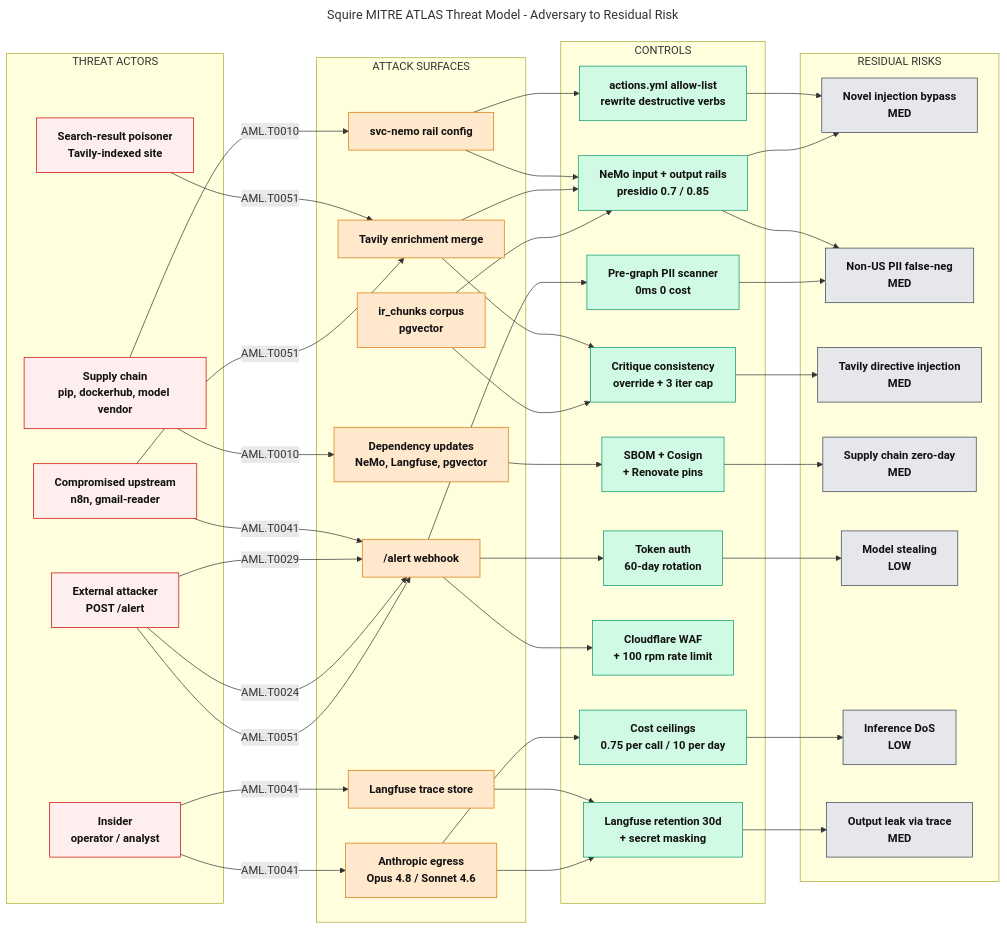
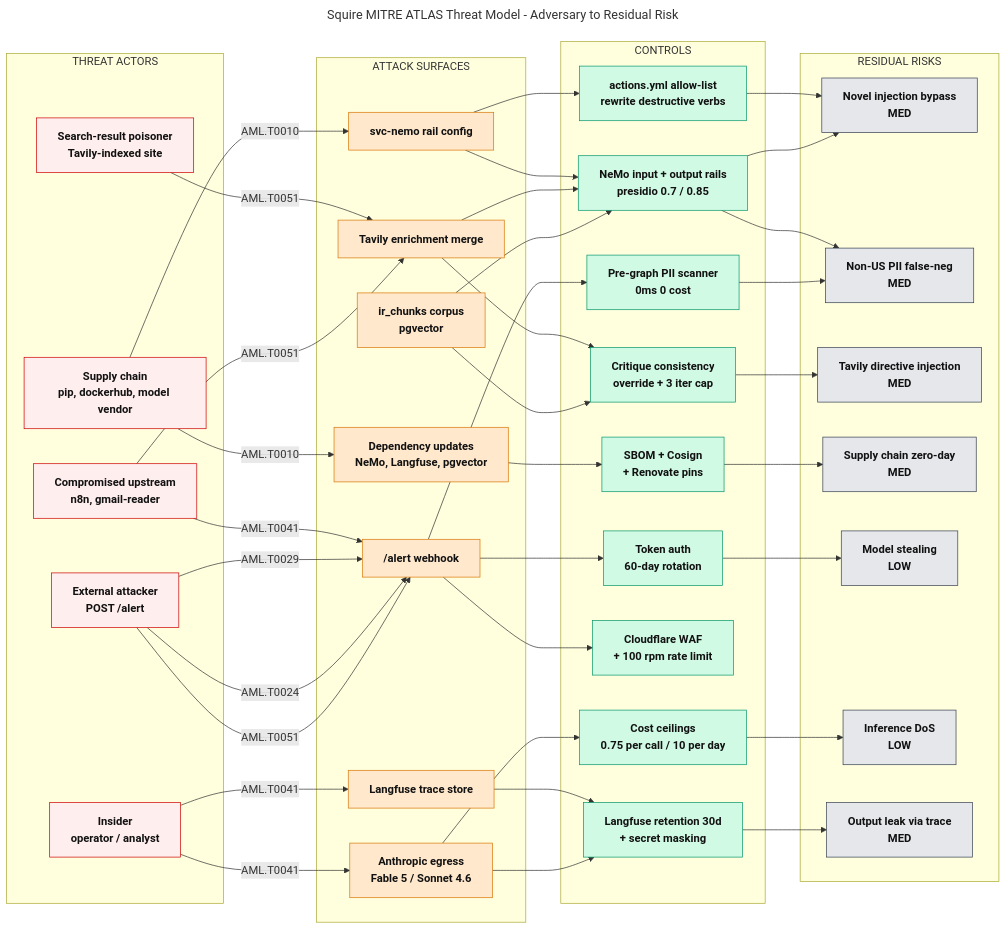
Before and after one commit to ET-sec/cyber-squire1: the diagram in docs/grc/diagrams/squire-atlas-threat-model.mmd, drawn with Mermaid. The commit also changed 52 other files, not shown here.

```diff
--- a/docs/grc/diagrams/squire-atlas-threat-model.mmd
+++ b/docs/grc/diagrams/squire-atlas-threat-model.mmd
@@ -1,96 +1,96 @@
 ---
 title: Squire MITRE ATLAS Threat Model - Adversary to Residual Risk
 ---
 flowchart LR
     %% Column 1: Threat Actors
     subgraph ACTORS["THREAT ACTORS"]
         A1["External attacker<br/>POST /alert"]
         A2["Compromised upstream<br/>n8n, gmail-reader"]
         A3["Insider<br/>operator / analyst"]
         A4["Supply chain<br/>pip, dockerhub, model vendor"]
         A5["Search-result poisoner<br/>Tavily-indexed site"]
     end
 
     %% Column 2: Attack Surfaces
     subgraph SURFACE["ATTACK SURFACES"]
         S1["/alert webhook"]
         S2["ir_chunks corpus<br/>pgvector"]
         S3["Tavily enrichment merge"]
         S4["svc-nemo rail config"]
-        S5["Anthropic egress<br/>Opus 4.8 / Sonnet 4.6"]
+        S5["Anthropic egress<br/>Fable 5 / Sonnet 4.6"]
         S6["Dependency updates<br/>NeMo, Langfuse, pgvector"]
         S7["Langfuse trace store"]
     end
 
     %% Column 3: Controls
     subgraph CONTROLS["CONTROLS"]
         C1["Token auth<br/>60-day rotation"]
         C2["Pre-graph PII scanner<br/>0ms 0 cost"]
         C3["NeMo input + output rails<br/>presidio 0.7 / 0.85"]
         C4["actions.yml allow-list<br/>rewrite destructive verbs"]
         C5["Critique consistency<br/>override + 3 iter cap"]
         C6["Cost ceilings<br/>0.75 per call / 10 per day"]
         C7["Cloudflare WAF<br/>+ 100 rpm rate limit"]
         C8["SBOM + Cosign<br/>+ Renovate pins"]
         C9["Langfuse retention 30d<br/>+ secret masking"]
     end
 
     %% Column 4: Residual Risks
     subgraph RESIDUAL["RESIDUAL RISKS"]
         R1["Novel injection bypass<br/>MED"]
         R2["Non-US PII false-neg<br/>MED"]
         R3["Tavily directive injection<br/>MED"]
         R4["Supply chain zero-day<br/>MED"]
         R5["Model stealing<br/>LOW"]
         R6["Inference DoS<br/>LOW"]
         R7["Output leak via trace<br/>MED"]
     end
 
     %% Edges: actors to surfaces with ATLAS IDs
     A1 -- "AML.T0051" --> S1
     A1 -- "AML.T0024" --> S1
     A1 -- "AML.T0029" --> S1
     A2 -- "AML.T0041" --> S1
     A2 -- "AML.T0051" --> S3
     A3 -- "AML.T0041" --> S5
     A3 -- "AML.T0041" --> S7
     A4 -- "AML.T0010" --> S6
     A4 -- "AML.T0010" --> S4
     A5 -- "AML.T0051" --> S3
 
     %% Edges: surfaces to controls
     S1 --> C1
     S1 --> C2
     S1 --> C7
     S2 --> C3
     S2 --> C5
     S3 --> C3
     S3 --> C5
     S4 --> C3
     S4 --> C4
     S5 --> C6
     S5 --> C9
     S6 --> C8
     S7 --> C9
 
     %% Edges: controls to residuals
     C1 --> R5
     C2 --> R2
     C3 --> R1
     C3 --> R2
     C4 --> R1
     C5 --> R3
     C6 --> R6
     C8 --> R4
     C9 --> R7
 
     %% Styling
     classDef threat fill:#fee,stroke:#c00,color:#111,font-weight:bold
     classDef att fill:#ffe8cc,stroke:#d97706,color:#111,font-weight:bold
     classDef ctrl fill:#d1fae5,stroke:#059669,color:#111,font-weight:bold
     classDef res fill:#e5e7eb,stroke:#374151,color:#111,font-weight:bold
 
     class A1,A2,A3,A4,A5 threat
     class S1,S2,S3,S4,S5,S6,S7 att
     class C1,C2,C3,C4,C5,C6,C7,C8,C9 ctrl
     class R1,R2,R3,R4,R5,R6,R7 res
```
